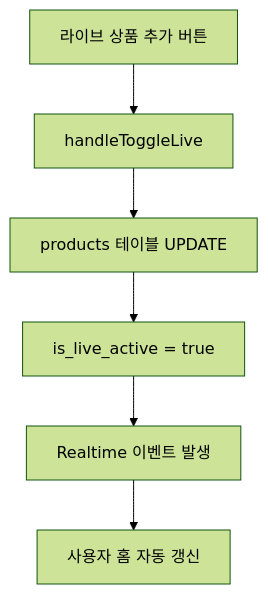
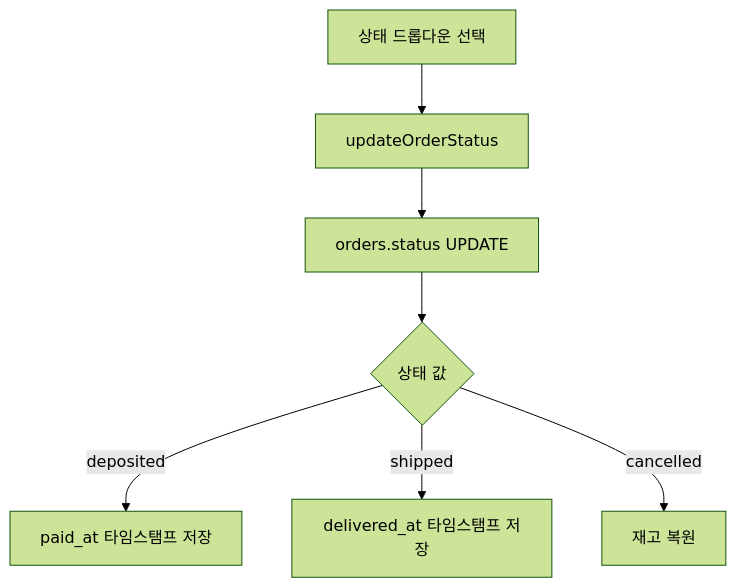
The eighth of 12 diagrams in DETAILED_DATA_FLOW.md (Theloho/live-commerce), drawn with Mermaid (forest theme) before and after one commit. The commit also changed other lines of this file and 23 other files, not shown here.

````diff
--- a/DETAILED_DATA_FLOW.md
+++ b/DETAILED_DATA_FLOW.md
@@ -818,8 +898,9 @@
 ```mermaid
 graph TD
-    A[라이브 상품 추가 버튼] --> B[handleToggleLive]
-    B --> C[products 테이블 UPDATE]
-    C --> D[is_live_active = true]
-    D --> E[Realtime 이벤트 발생]
-    E --> F[사용자 홈 자동 갱신]
+    A[상태 드롭다운 선택] --> B[updateOrderStatus]
+    B --> C[orders.status UPDATE]
+    C --> D{상태 값}
+    D -->|deposited| E[paid_at 타임스탬프 저장]
+    D -->|shipped| F[delivered_at 타임스탬프 저장]
+    D -->|cancelled| G[재고 복원]
 ```
````
